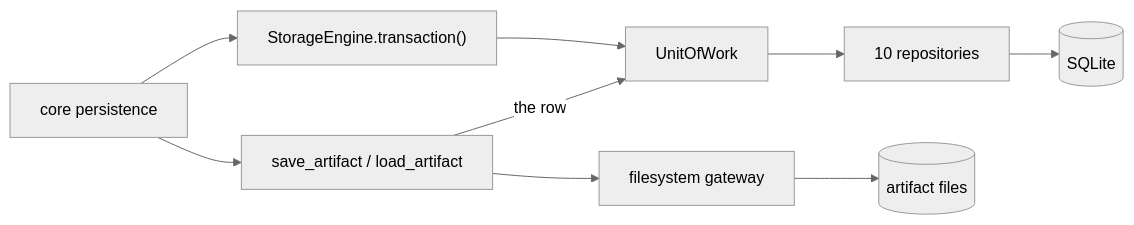
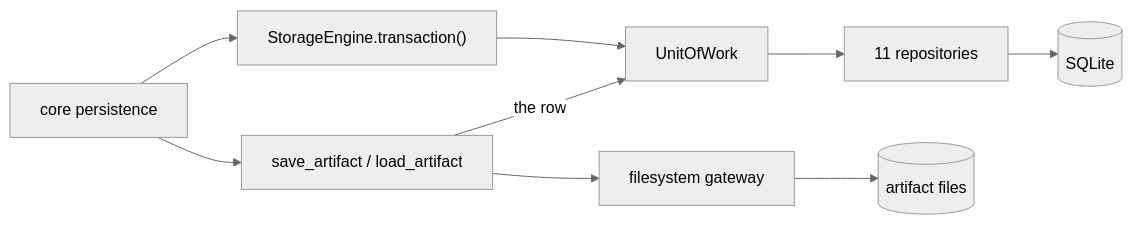
The diagram in docs/modules/storage/index.md (Spec-Forge-Testing/specforge-docs), drawn with Mermaid (neutral theme) before and after one commit. The commit also changed other lines of this file and 2 other files, not shown here.

````diff
--- a/docs/modules/storage/index.md
+++ b/docs/modules/storage/index.md
@@ -7,11 +7,11 @@
 ```mermaid
 flowchart LR
     Core["core persistence"] --> Tx["StorageEngine.transaction()"]
     Tx --> UoW["UnitOfWork"]
-    UoW --> Repos["10 repositories"]
+    UoW --> Repos["11 repositories"]
     Repos --> DB[("SQLite")]
     Core --> Ops["save_artifact / load_artifact"]
     Ops -->|"the row"| UoW
     Ops --> Gw["filesystem gateway"]
     Gw --> Disk[("artifact files")]
 ```
````
